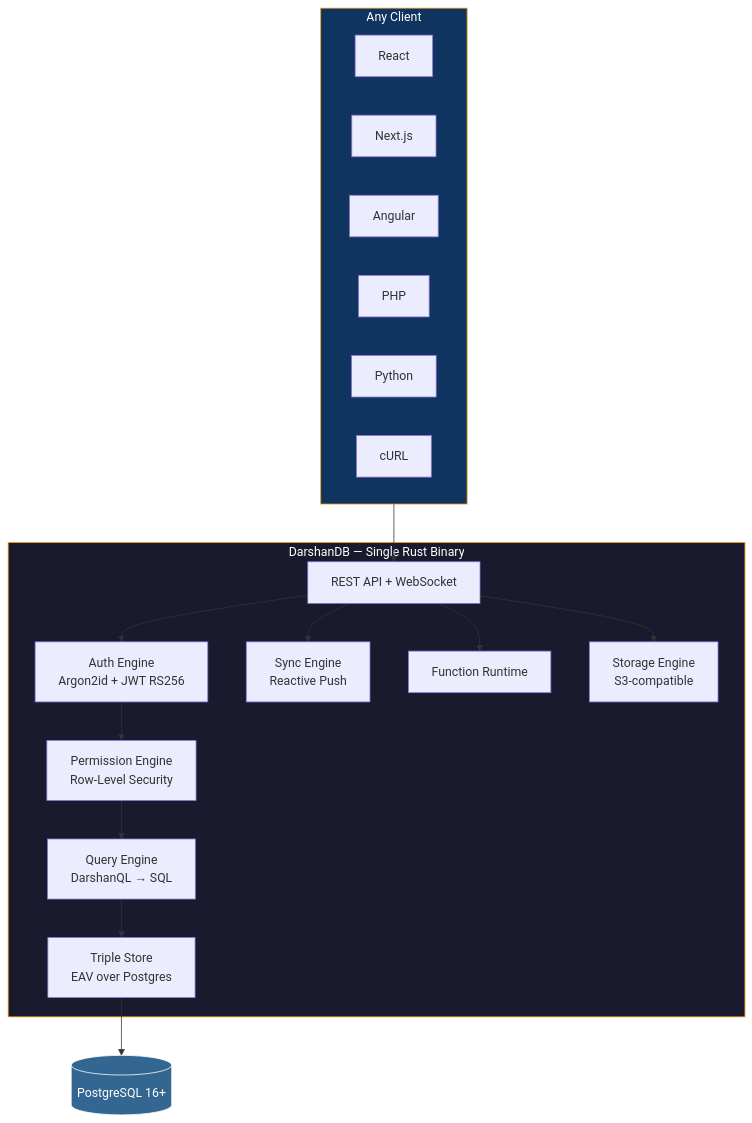
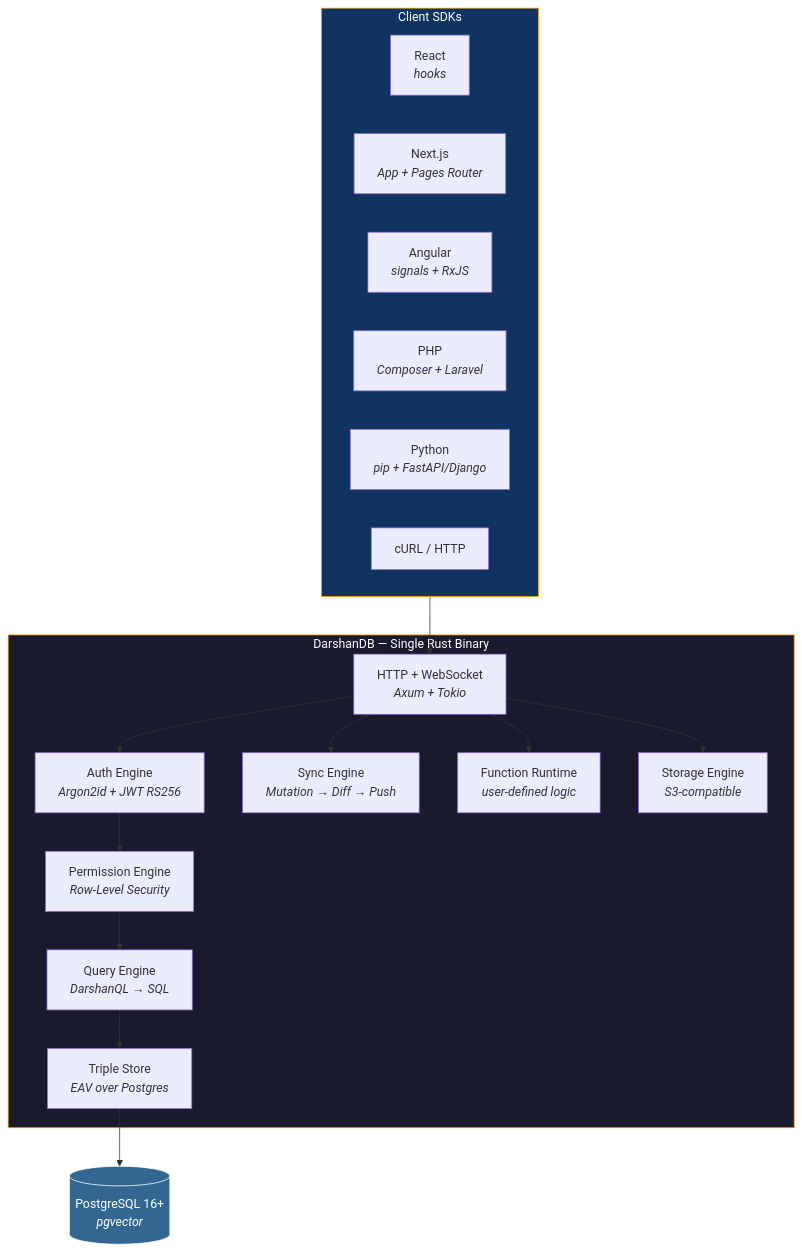
Before and after one commit to darshjme/darshjdb: the fourth of 11 diagrams in README.md, drawn with Mermaid. The commit also changed other lines of this file, not shown here.

First line of the commit message:
docs: definitive README — 11 Mermaid diagrams, real founder story, honest alpha

````diff
--- a/README.md
+++ b/README.md
@@ -128,35 +158,38 @@
 ```mermaid
 graph TB
-    subgraph Clients["Any Client"]
-        React["React"]
-        Next["Next.js"]
-        Angular["Angular"]
-        PHP["PHP"]
-        Python["Python"]
-        Curl["cURL"]
+    subgraph Clients["Client SDKs"]
+        React["React\n<i>hooks</i>"]
+        Next["Next.js\n<i>App + Pages Router</i>"]
+        Angular["Angular\n<i>signals + RxJS</i>"]
+        PHP["PHP\n<i>Composer + Laravel</i>"]
+        Python["Python\n<i>pip + FastAPI/Django</i>"]
+        Curl["cURL / HTTP"]
     end
 
     subgraph Server["DarshanDB — Single Rust Binary"]
-        API["REST API + WebSocket"]
-        AUTH["Auth Engine\nArgon2id + JWT RS256"]
-        PERM["Permission Engine\nRow-Level Security"]
-        QE["Query Engine\nDarshanQL → SQL"]
-        TS["Triple Store\nEAV over Postgres"]
-        SYNC["Sync Engine\nReactive Push"]
-        FN["Function Runtime"]
-        STORE["Storage Engine\nS3-compatible"]
+        API["HTTP + WebSocket\n<i>Axum + Tokio</i>"]
+        AUTH["Auth Engine\n<i>Argon2id + JWT RS256</i>"]
+        PERM["Permission Engine\n<i>Row-Level Security</i>"]
+        QE["Query Engine\n<i>DarshanQL → SQL</i>"]
+        TS["Triple Store\n<i>EAV over Postgres</i>"]
+        SYNC["Sync Engine\n<i>Mutation → Diff → Push</i>"]
+        FN["Function Runtime\n<i>user-defined logic</i>"]
+        STORE["Storage Engine\n<i>S3-compatible</i>"]
     end
 
-    PG[("PostgreSQL 16+")]
+    PG[("PostgreSQL 16+\n<i>pgvector</i>")]
 
     Clients --> API
-    API --> AUTH --> PERM
-    PERM --> QE --> TS --> PG
+    API --> AUTH
+    AUTH --> PERM
+    PERM --> QE
+    QE --> TS
+    TS --> PG
     API --> SYNC
     API --> FN
     API --> STORE
 
     style Server fill:#1a1a2e,stroke:#F59E0B,color:#fff
     style PG fill:#336791,stroke:#fff,color:#fff
     style Clients fill:#0f3460,stroke:#F59E0B,color:#fff
 ```
````
